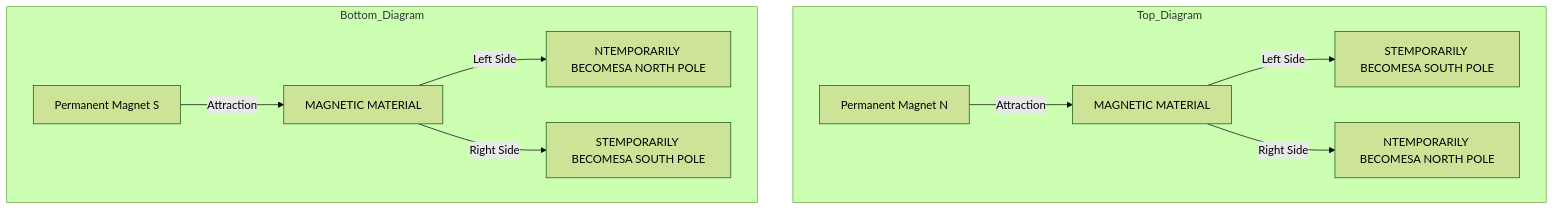
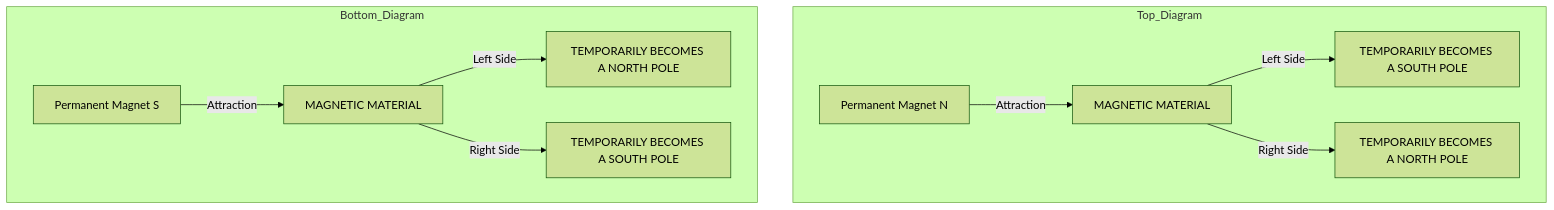
Before and after one commit to devautour/igcse-physics: the diagram in docs/Unit 6/6_1_magnets-and-magnetic-fields.md, drawn with Mermaid (forest theme). The commit also changed other lines of this file and 38 other files, not shown here.

````diff
--- a/docs/Unit 6/6_1_magnets-and-magnetic-fields.md
+++ b/docs/Unit 6/6_1_magnets-and-magnetic-fields.md
@@ -200,14 +106,14 @@
 ```mermaid
 graph TD
     subgraph Top_Diagram
         M1[Permanent Magnet N] -- Attraction --> MM1[MAGNETIC MATERIAL]
-        MM1 -- Left Side --> P1[STEMPORARILY BECOMESA SOUTH POLE]
-        MM1 -- Right Side --> P2[NTEMPORARILY BECOMESA NORTH POLE]
+        MM1 -- Left Side --> P1[TEMPORARILY BECOMES A SOUTH POLE]
+        MM1 -- Right Side --> P2[TEMPORARILY BECOMES A NORTH POLE]
     end
 
     subgraph Bottom_Diagram
         M2[Permanent Magnet S] -- Attraction --> MM2[MAGNETIC MATERIAL]
-        MM2 -- Left Side --> P3[NTEMPORARILY BECOMESA NORTH POLE]
-        MM2 -- Right Side --> P4[STEMPORARILY BECOMESA SOUTH POLE]
+        MM2 -- Left Side --> P3[TEMPORARILY BECOMES A NORTH POLE]
+        MM2 -- Right Side --> P4[TEMPORARILY BECOMES A SOUTH POLE]
     end
 ```
````
